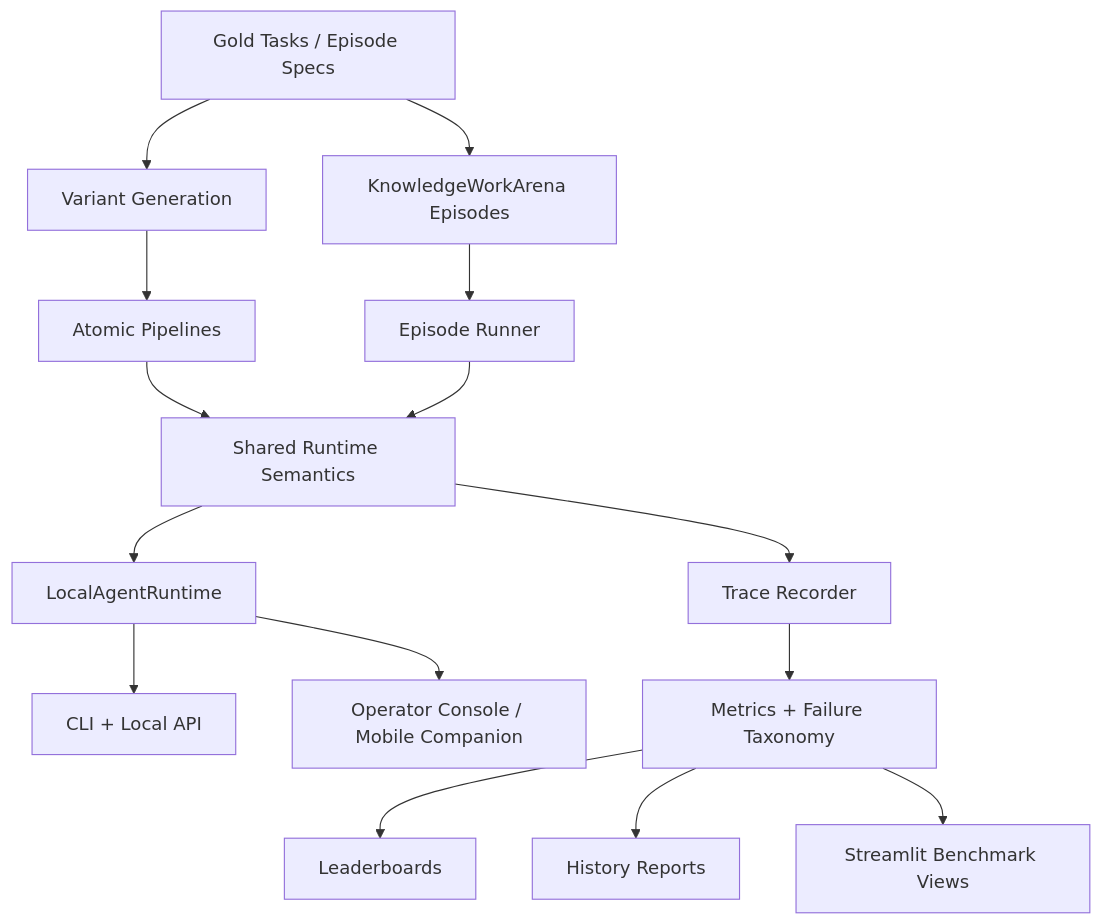
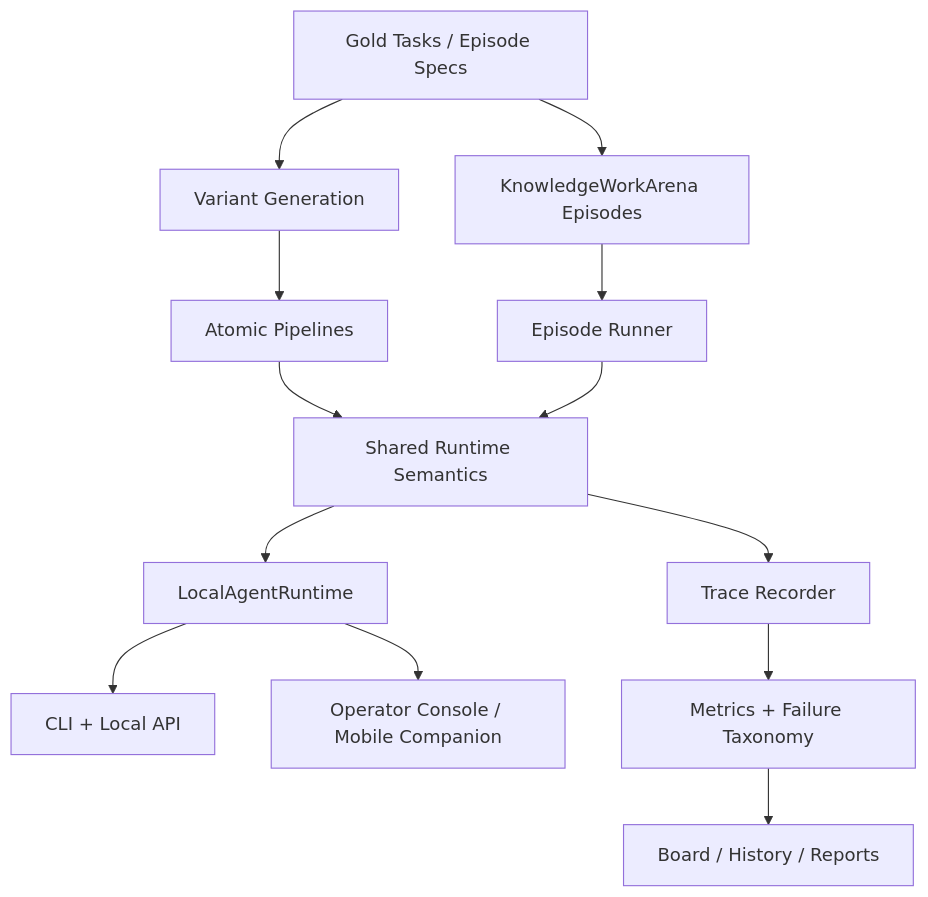
One commit to CheickDiakite-yikes/gemma4-capability-map changed the first of 3 diagrams in README.md. Above: the diagram before and after it, drawn with Mermaid. The commit also changed other lines of this file and 153 other files, not shown here.

````diff
--- a/README.md
+++ b/README.md
@@ -208,17 +248,15 @@
 ```mermaid
 flowchart TD
     A["Gold Tasks / Episode Specs"] --> B["Variant Generation"]
     A --> C["KnowledgeWorkArena Episodes"]
     B --> D["Atomic Pipelines"]
     C --> E["Episode Runner"]
     D --> F["Shared Runtime Semantics"]
     E --> F
     F --> G["LocalAgentRuntime"]
     G --> H["CLI + Local API"]
     G --> I["Operator Console / Mobile Companion"]
     F --> J["Trace Recorder"]
     J --> K["Metrics + Failure Taxonomy"]
-    K --> L["Leaderboards"]
-    K --> M["History Reports"]
-    K --> N["Streamlit Benchmark Views"]
+    K --> L["Board / History / Reports"]
 ```
````
